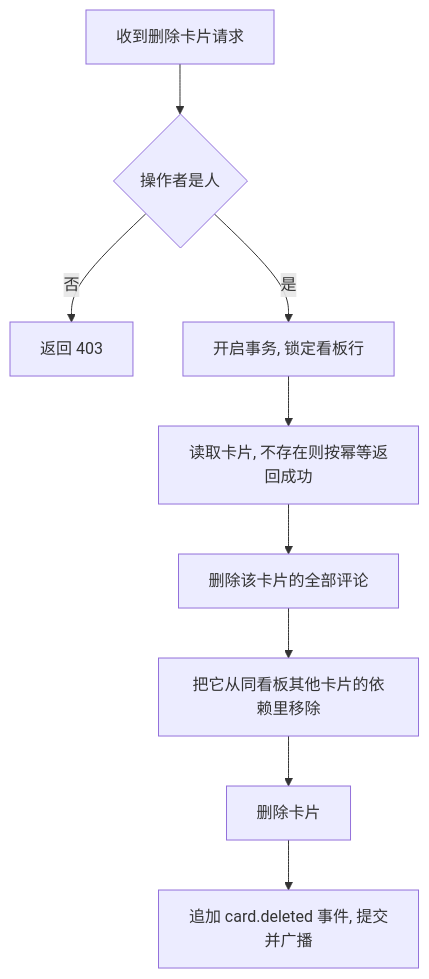
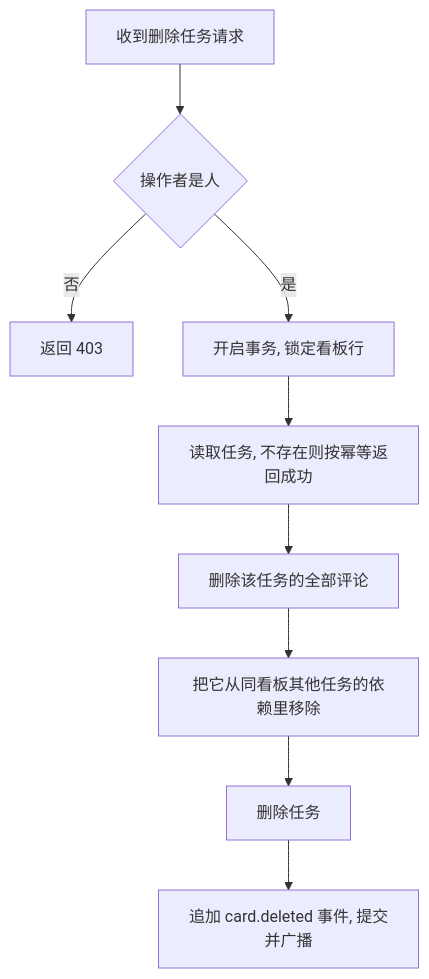
One commit to ixugo/slate-kanban changed the fourth of 4 diagrams in .cursor/scopes/kanban.card.go.md. Above: the diagram before and after it, drawn with Mermaid. The commit also changed other lines of this file and 49 other files, not shown here.

````diff
--- a/.cursor/scopes/kanban.card.go.md
+++ b/.cursor/scopes/kanban.card.go.md
@@ -168,11 +168,11 @@
 ```mermaid
 flowchart TD
-    A[收到删除卡片请求] --> B{操作者是人}
+    A[收到删除任务请求] --> B{操作者是人}
     B -->|否| Z1[返回 403]
     B -->|是| C[开启事务, 锁定看板行]
-    C --> D[读取卡片, 不存在则按幂等返回成功]
-    D --> E[删除该卡片的全部评论]
-    E --> F[把它从同看板其他卡片的依赖里移除]
-    F --> G[删除卡片]
+    C --> D[读取任务, 不存在则按幂等返回成功]
+    D --> E[删除该任务的全部评论]
+    E --> F[把它从同看板其他任务的依赖里移除]
+    F --> G[删除任务]
     G --> H[追加 card.deleted 事件, 提交并广播]
 ```
````
